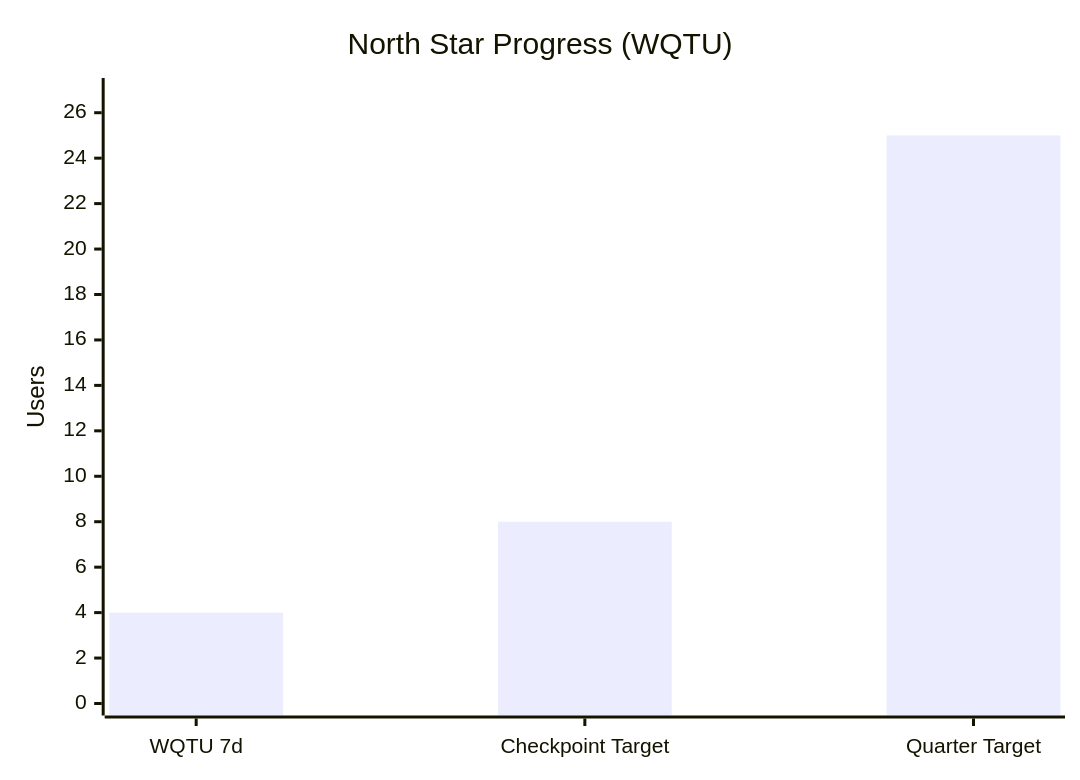
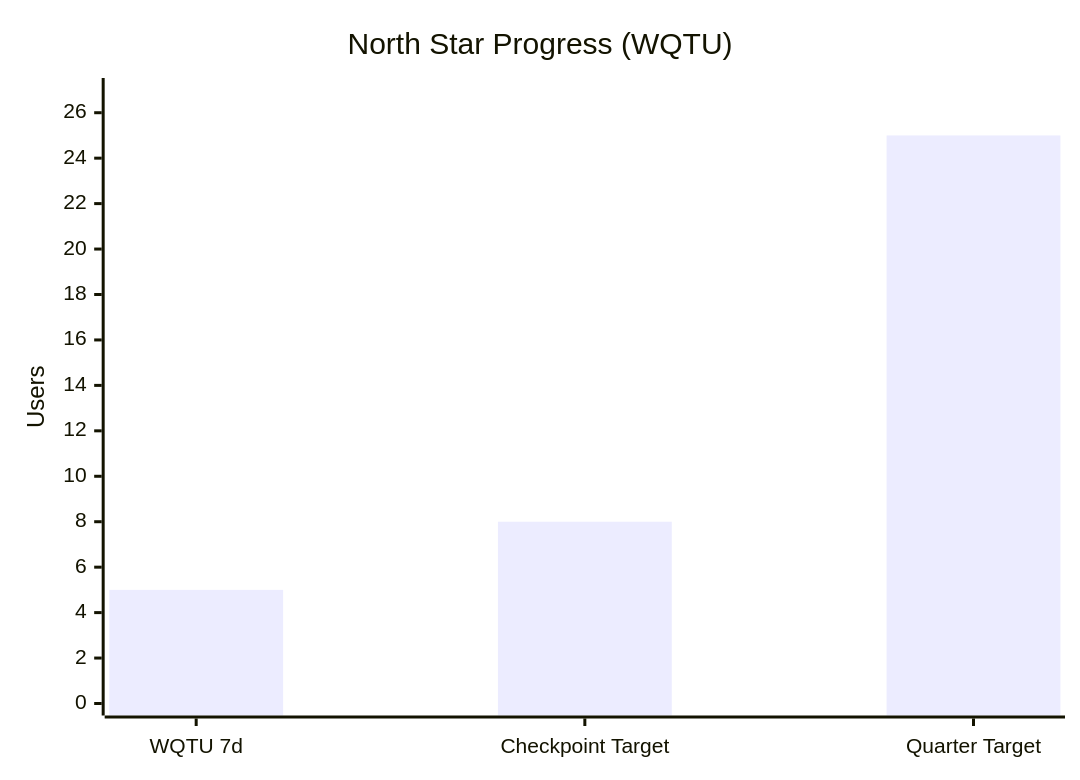
Before and after one commit to IgorGanapolsky/Random-Timer: the second of 4 diagrams in wiki/Paid-Acquisition.md, drawn with Mermaid. The commit also changed other lines of this file and 10 other files, not shown here.

````diff
--- a/wiki/Paid-Acquisition.md
+++ b/wiki/Paid-Acquisition.md
@@ -50,7 +50,7 @@
 ```mermaid
 xychart-beta
     title "North Star Progress (WQTU)"
     x-axis ["WQTU 7d" , "Checkpoint Target" , "Quarter Target"]
     y-axis "Users" 0 --> 27
-    bar [4 , 8 , 25]
+    bar [5 , 8 , 25]
 ```
````
